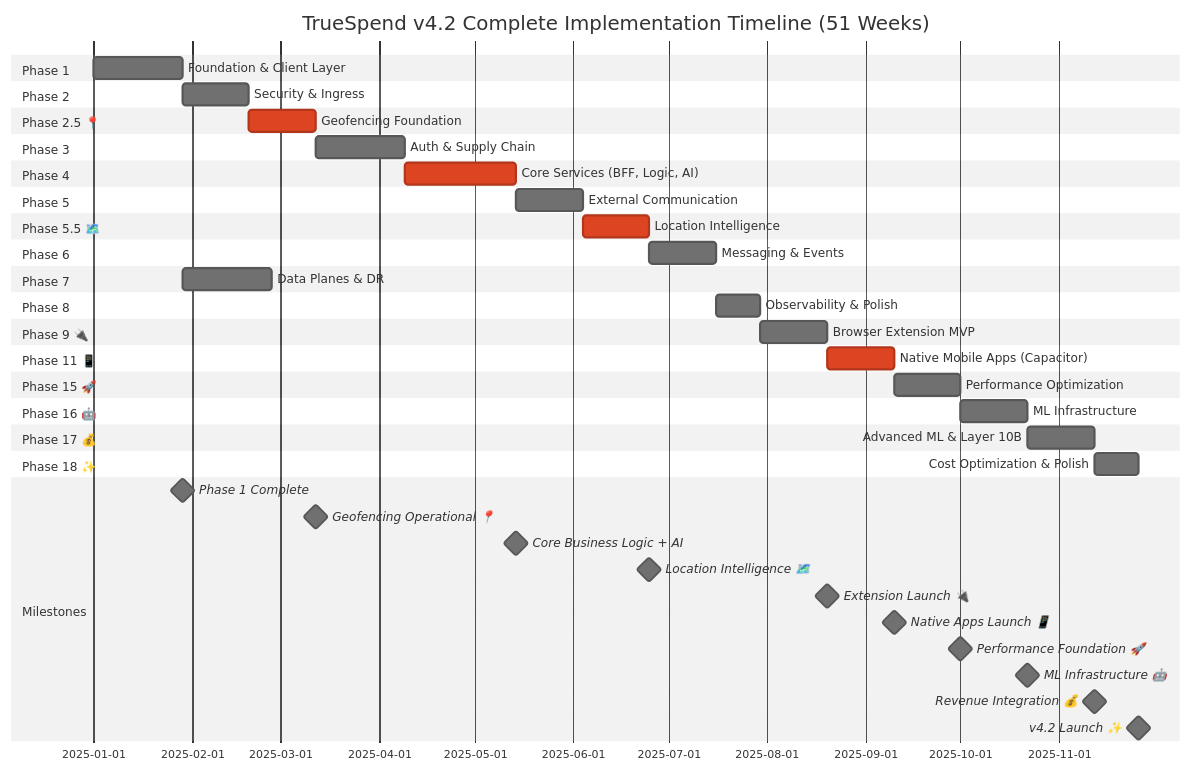
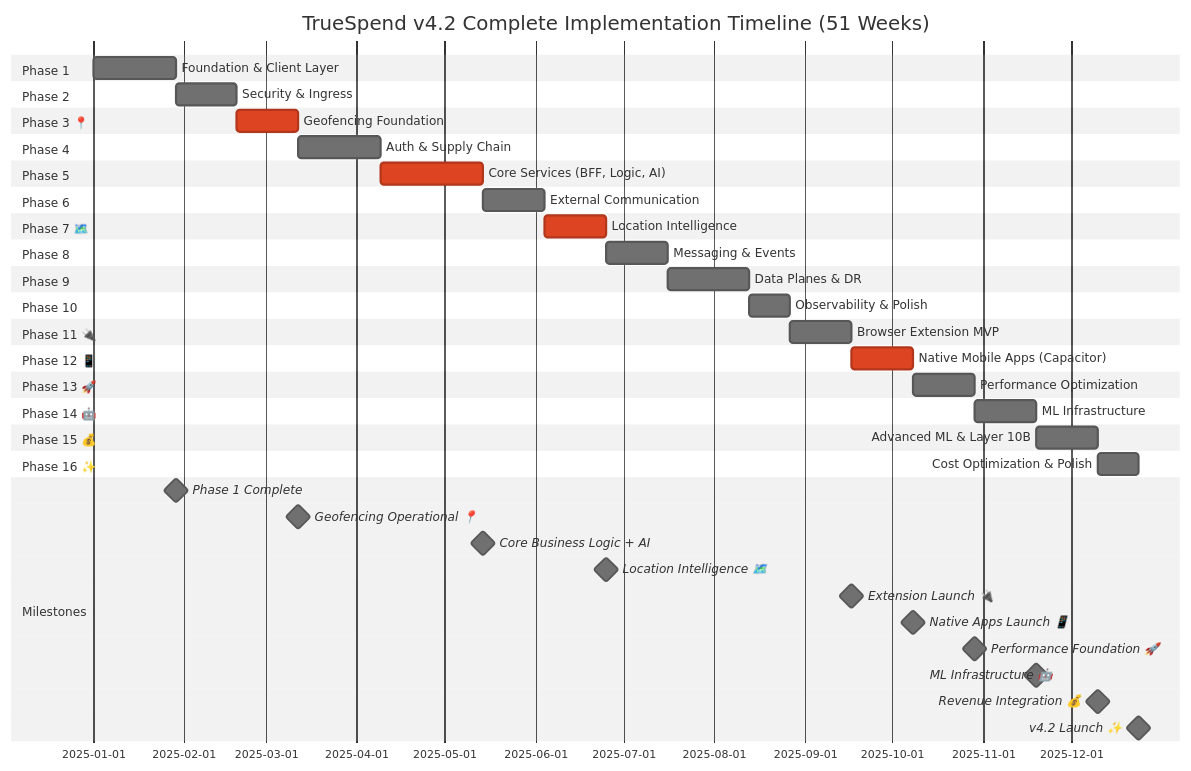
One commit to dev-Truespend/true-spend-spark changed the first of 2 diagrams in docs/architecture/implementation-timeline-v4.2.md. Above: the diagram before and after it, drawn with Mermaid (neutral theme). The commit also changed other lines of this file and 4 other files, not shown here.

````diff
--- a/docs/architecture/implementation-timeline-v4.2.md
+++ b/docs/architecture/implementation-timeline-v4.2.md
@@ -28,65 +29,64 @@
 ```mermaid
 gantt
     title TrueSpend v4.2 Complete Implementation Timeline (51 Weeks)
     dateFormat YYYY-MM-DD
     
     section Phase 1
     Foundation & Client Layer           :p1, 2025-01-01, 28d
     
     section Phase 2
     Security & Ingress                  :p2, after p1, 21d
     
-    section Phase 2.5 📍
-    Geofencing Foundation               :crit, p2_5, after p2, 21d
-    
-    section Phase 3
-    Auth & Supply Chain                 :p3, after p2_5, 28d
+    section Phase 3 📍
+    Geofencing Foundation               :crit, p3, after p2, 21d
     
     section Phase 4
-    Core Services (BFF, Logic, AI)      :crit, p4, after p3, 35d
-    
+    Auth & Supply Chain                 :p4, after p3, 28d
     section Phase 5
-    External Communication              :p5, after p4, 21d
-    
-    section Phase 5.5 🗺️
-    Location Intelligence               :crit, p5_5, after p5, 21d
+    Core Services (BFF, Logic, AI)      :crit, p5, after p4, 35d
     
     section Phase 6
-    Messaging & Events                  :p6, after p5_5, 21d
+    External Communication              :p6, after p5, 21d
     
-    section Phase 7
-    Data Planes & DR                    :p7, after p1, 28d
+    section Phase 7 🗺️
+    Location Intelligence               :crit, p7, after p6, 21d
     
     section Phase 8
-    Observability & Polish              :p8, after p6, 14d
+    Messaging & Events                  :p8, after p7, 21d
     
-    section Phase 9 🔌
-    Browser Extension MVP               :p9, after p8, 21d
+    section Phase 9
+    Data Planes & DR                    :p9, after p8, 28d
     
-    section Phase 11 📱
-    Native Mobile Apps (Capacitor)      :crit, p11, after p9, 21d
+    section Phase 10
+    Observability & Polish              :p10, after p9, 14d
     
-    section Phase 15 🚀
-    Performance Optimization            :p15, after p11, 21d
+    section Phase 11 🔌
+    Browser Extension MVP               :p11, after p10, 21d
     
-    section Phase 16 🤖
-    ML Infrastructure                   :p16, after p15, 21d
+    section Phase 12 📱
+    Native Mobile Apps (Capacitor)      :crit, p12, after p11, 21d
     
-    section Phase 17 💰
-    Advanced ML & Layer 10B             :p17, after p16, 21d
+    section Phase 13 🚀
+    Performance Optimization            :p13, after p12, 21d
     
-    section Phase 18 ✨
-    Cost Optimization & Polish          :p18, after p17, 14d
+    section Phase 14 🤖
+    ML Infrastructure                   :p14, after p13, 21d
+    
+    section Phase 15 💰
+    Advanced ML & Layer 10B             :p15, after p14, 21d
+    
+    section Phase 16 ✨
+    Cost Optimization & Polish          :p16, after p15, 14d
     
     section Milestones
     Phase 1 Complete                    :milestone, m1, after p1, 0d
-    Geofencing Operational 📍           :milestone, m2_5, after p2_5, 0d
-    Core Business Logic + AI            :milestone, m4, after p4, 0d
-    Location Intelligence 🗺️            :milestone, m5_5, after p5_5, 0d
-    Extension Launch 🔌                 :milestone, m9, after p9, 0d
-    Native Apps Launch 📱               :milestone, m11, after p11, 0d
-    Performance Foundation 🚀           :milestone, m15, after p15, 0d
-    ML Infrastructure 🤖                :milestone, m16, after p16, 0d
-    Revenue Integration 💰              :milestone, m17, after p17, 0d
-    v4.2 Launch ✨                      :milestone, m18, after p18, 0d
+    Geofencing Operational 📍           :milestone, m3, after p3, 0d
+    Core Business Logic + AI            :milestone, m5, after p5, 0d
+    Location Intelligence 🗺️            :milestone, m7, after p7, 0d
+    Extension Launch 🔌                 :milestone, m11, after p11, 0d
+    Native Apps Launch 📱               :milestone, m12, after p12, 0d
+    Performance Foundation 🚀           :milestone, m13, after p13, 0d
+    ML Infrastructure 🤖                :milestone, m14, after p14, 0d
+    Revenue Integration 💰              :milestone, m15, after p15, 0d
+    v4.2 Launch ✨                      :milestone, m16, after p16, 0d
 ```
````
